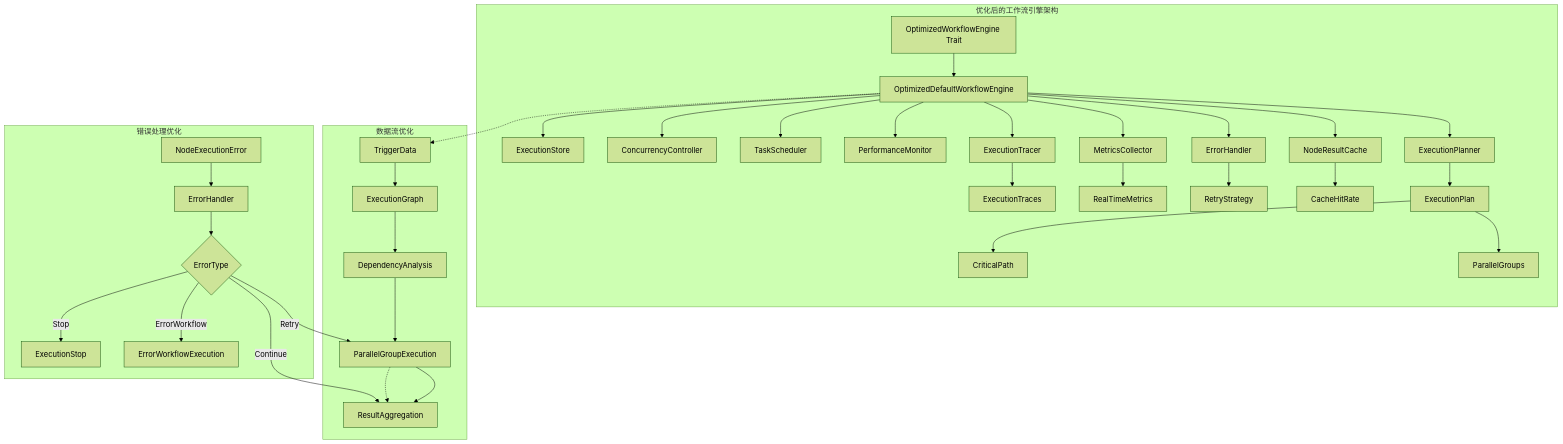
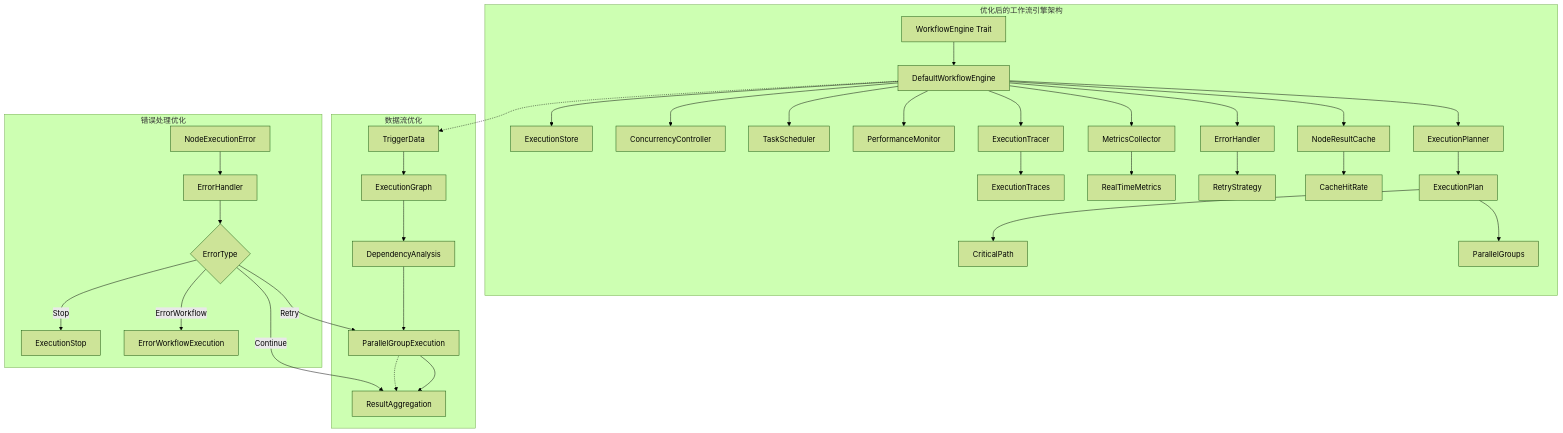
One commit to fusion-data/fusion-data changed the second of 3 diagrams in hetumind/hetumind-docs/ad-hoc/workflow-engine-optimization.md. Above: the diagram before and after it, drawn with Mermaid (forest theme). The commit also changed other lines of this file and 32 other files, not shown here.

Commit message:
feat(hetumind): Optimize WorkflowEngine

````diff
--- a/hetumind/hetumind-docs/ad-hoc/workflow-engine-optimization.md
+++ b/hetumind/hetumind-docs/ad-hoc/workflow-engine-optimization.md
@@ -1529,44 +1871,44 @@
 ```mermaid
 flowchart TD
     subgraph "优化后的工作流引擎架构"
-        A[OptimizedWorkflowEngine Trait] --> B[OptimizedDefaultWorkflowEngine]
+        A[WorkflowEngine Trait] --> B[DefaultWorkflowEngine]
         B --> C[ExecutionPlanner]
         B --> D[NodeResultCache]
         B --> E[ErrorHandler]
         B --> F[MetricsCollector]
         B --> G[ExecutionTracer]
         B --> H[PerformanceMonitor]
 
         B --> I[TaskScheduler]
         B --> J[ConcurrencyController]
         B --> K[ExecutionStore]
 
         C --> L[ExecutionPlan]
         L --> M[ParallelGroups]
         L --> N[CriticalPath]
 
         D --> O[CacheHitRate]
         E --> P[RetryStrategy]
         F --> Q[RealTimeMetrics]
         G --> R[ExecutionTraces]
     end
 
     subgraph "数据流优化"
         S[TriggerData] --> T[ExecutionGraph]
         T --> U[DependencyAnalysis]
         U --> V[ParallelGroupExecution]
         V --> W[ResultAggregation]
     end
 
     subgraph "错误处理优化"
         X[NodeExecutionError] --> Y[ErrorHandler]
         Y --> Z{ErrorType}
         Z -->|Retry| V
         Z -->|Continue| W
         Z -->|ErrorWorkflow| AA[ErrorWorkflowExecution]
         Z -->|Stop| AB[ExecutionStop]
     end
 
     B -.-> S
     V -.-> W
 ```
````
